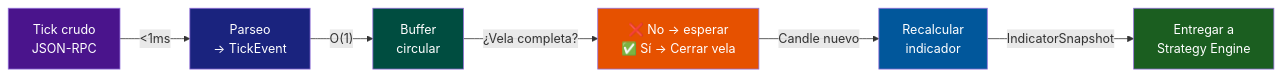
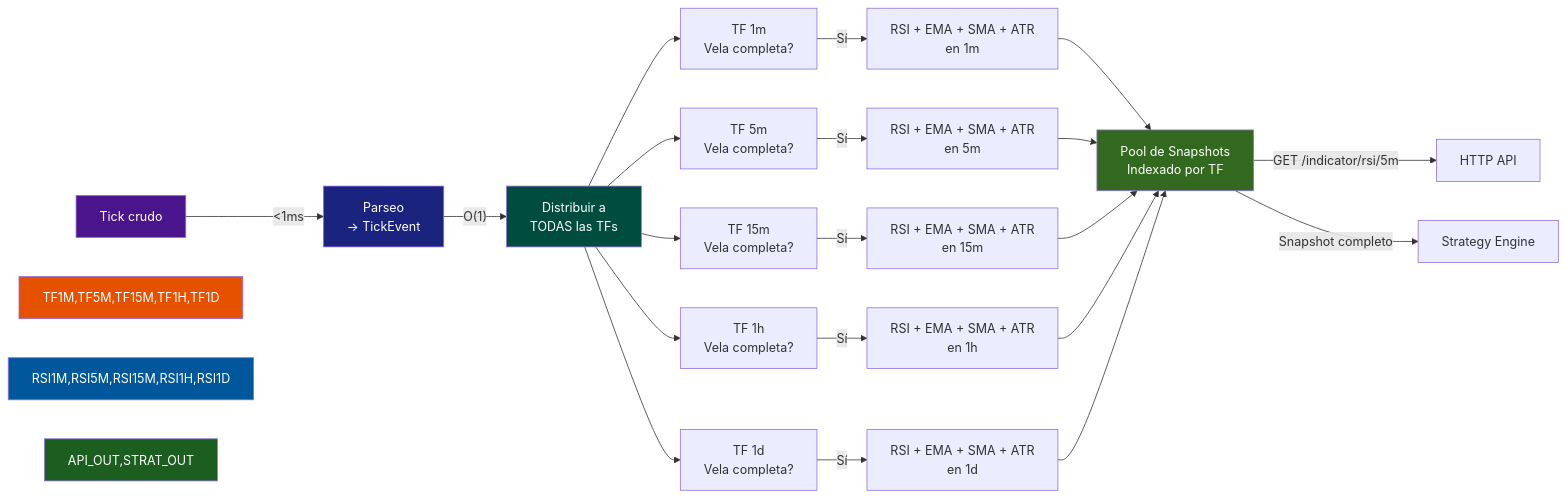
Before and after one commit to cumbalaza44-dotcom/OBSIDIAN-vault: the third of 3 diagrams in FINANZAS Y PROYECTOS/Bot mt5/Plan de Construcción Ghost Trader.md, drawn with Mermaid. The commit also changed other lines of this file, not shown here.

````diff
--- a/FINANZAS Y PROYECTOS/Bot mt5/Plan de Construcción Ghost Trader.md
+++ b/FINANZAS Y PROYECTOS/Bot mt5/Plan de Construcción Ghost Trader.md
@@ -237,15 +372,28 @@
 ```mermaid
 flowchart LR
-    RAW["Tick crudo<br>JSON-RPC"] -->|"&lt;1ms"| PARSE["Parseo<br>→ TickEvent"]
-    PARSE -->|"O(1)"| BUF["Buffer<br>circular"]
-    BUF -->|¿Vela completa?| VELA["❌ No → esperar<br>✅ Sí → Cerrar vela"]
-    VELA -->|Candle nuevo| IND["Recalcular<br>indicador"]
-    IND -->|IndicatorSnapshot| SNAP["Entregar a<br>Strategy Engine"]
+    RAW["Tick crudo"] -->|"<1ms"| PARSE["Parseo<br>-> TickEvent"]
+    PARSE -->|"O(1)"| DIST["Distribuir a<br>TODAS las TFs"]
+    DIST --> TF1M["TF 1m<br>Vela completa?"]
+    DIST --> TF5M["TF 5m<br>Vela completa?"]
+    DIST --> TF15M["TF 15m<br>Vela completa?"]
+    DIST --> TF1H["TF 1h<br>Vela completa?"]
+    DIST --> TF1D["TF 1d<br>Vela completa?"]
     
+    TF1M -->|"Sí"| RSI1M["RSI + EMA + SMA + ATR<br>en 1m"]
+    TF5M -->|"Sí"| RSI5M["RSI + EMA + SMA + ATR<br>en 5m"]
+    TF15M -->|"Sí"| RSI15M["RSI + EMA + SMA + ATR<br>en 15m"]
+    TF1H -->|"Sí"| RSI1H["RSI + EMA + SMA + ATR<br>en 1h"]
+    TF1D -->|"Sí"| RSI1D["RSI + EMA + SMA + ATR<br>en 1d"]
+    
+    RSI1M & RSI5M & RSI15M & RSI1H & RSI1D --> POOL["Pool de Snapshots<br>Indexado por TF"]
+    POOL -->|"GET /indicator/rsi/5m"| API_OUT["HTTP API"]
+    POOL -->|"Snapshot completo"| STRAT_OUT["Strategy Engine"]
+
     style RAW fill:#4a148c,color:#fff
     style PARSE fill:#1a237e,color:#fff
-    style BUF fill:#004d40,color:#fff
-    style VELA fill:#e65100,color:#fff
-    style IND fill:#01579b,color:#fff
-    style SNAP fill:#1b5e20,color:#fff
+    style DIST fill:#004d40,color:#fff
+    style TF1M,TF5M,TF15M,TF1H,TF1D fill:#e65100,color:#fff
+    style RSI1M,RSI5M,RSI15M,RSI1H,RSI1D fill:#01579b,color:#fff
+    style POOL fill:#33691e,color:#fff
+    style API_OUT,STRAT_OUT fill:#1b5e20,color:#fff
 ```
````
